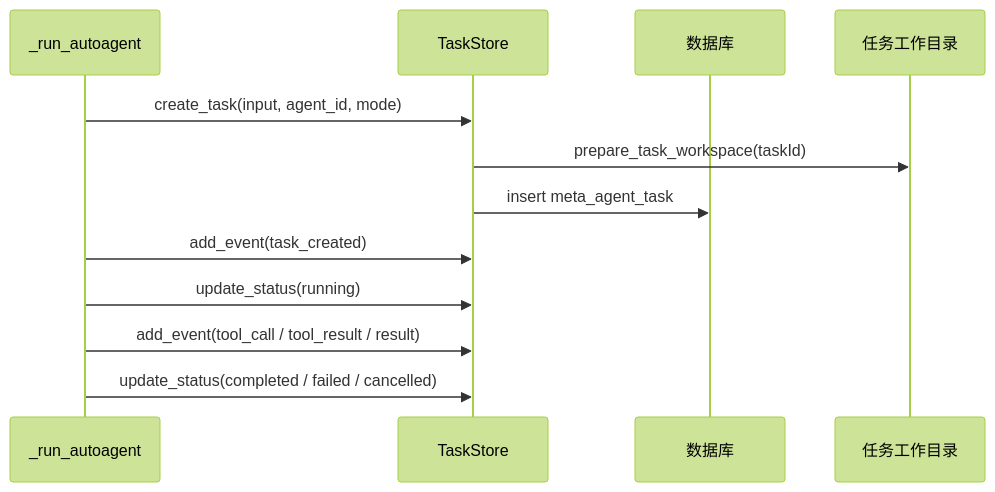
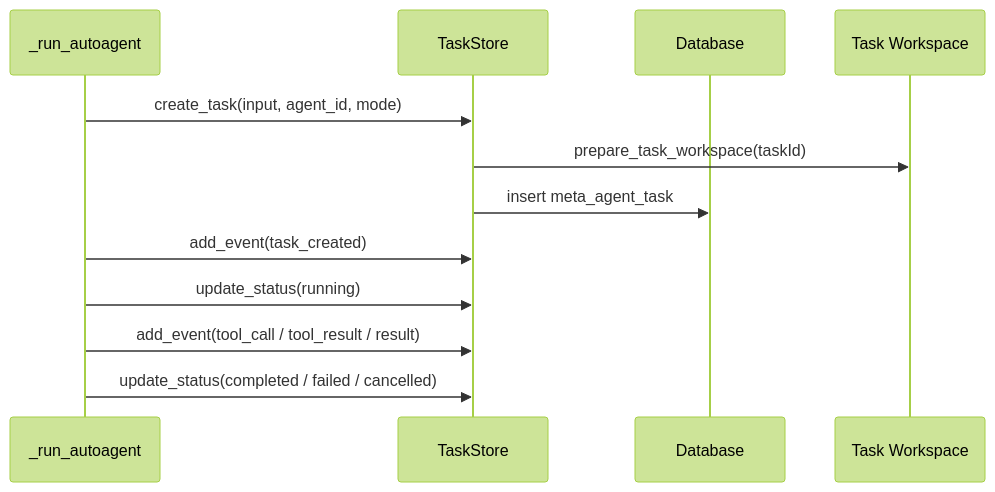
The fifth of 18 diagrams in README.md (youkuxiaobin/task-pilot-agent), drawn with Mermaid (forest theme) before and after one commit. The commit also changed other lines of this file and 1 other file, not shown here.

````diff
--- a/README.md
+++ b/README.md
@@ -107,15 +124,15 @@
 ```mermaid
 sequenceDiagram
   participant Runner as _run_autoagent
   participant Store as TaskStore
-  participant DB as 数据库
-  participant FS as 任务工作目录
+  participant DB as Database
+  participant FS as Task Workspace
 
   Runner->>Store: create_task(input, agent_id, mode)
   Store->>FS: prepare_task_workspace(taskId)
   Store->>DB: insert meta_agent_task
   Runner->>Store: add_event(task_created)
   Runner->>Store: update_status(running)
   Runner->>Store: add_event(tool_call / tool_result / result)
   Runner->>Store: update_status(completed / failed / cancelled)
 ```
````
